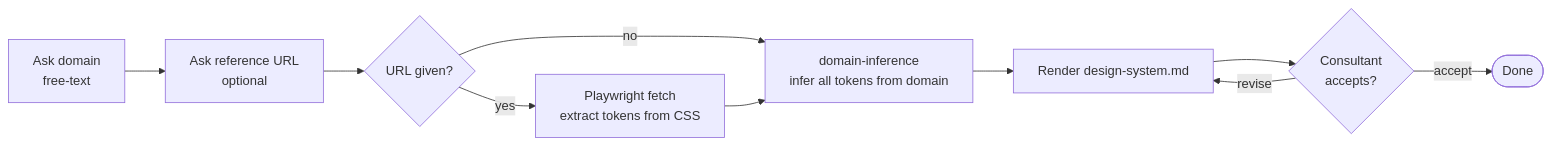
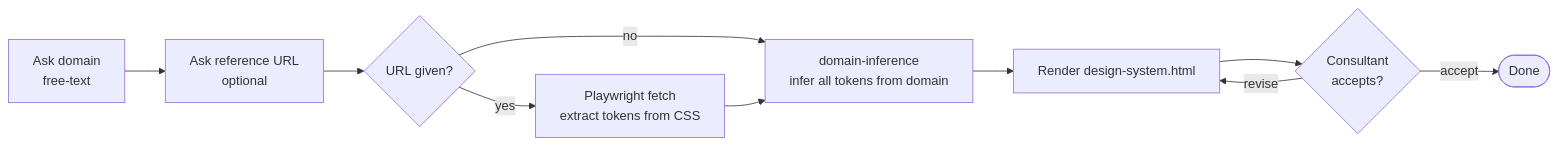
One commit to rodenacker/requirements-generator changed the second of 4 diagrams in README.md. Above: the diagram before and after it, drawn with Mermaid. The commit also changed other lines of this file and 17 other files, not shown here.

Commit message:
migrated design-ystem output to html

````diff
--- a/README.md
+++ b/README.md
@@ -111,12 +111,12 @@
 ```mermaid
 flowchart LR
     A[Ask domain<br/>free-text] --> B[Ask reference URL<br/>optional]
     B --> C{URL given?}
     C -- yes --> D[Playwright fetch<br/>extract tokens from CSS]
     C -- no --> E[domain-inference<br/>infer all tokens from domain]
     D --> E
-    E --> F[Render design-system.md]
+    E --> F[Render design-system.html]
     F --> G{Consultant<br/>accepts?}
     G -- revise --> F
     G -- accept --> H([Done])
 ```
````
